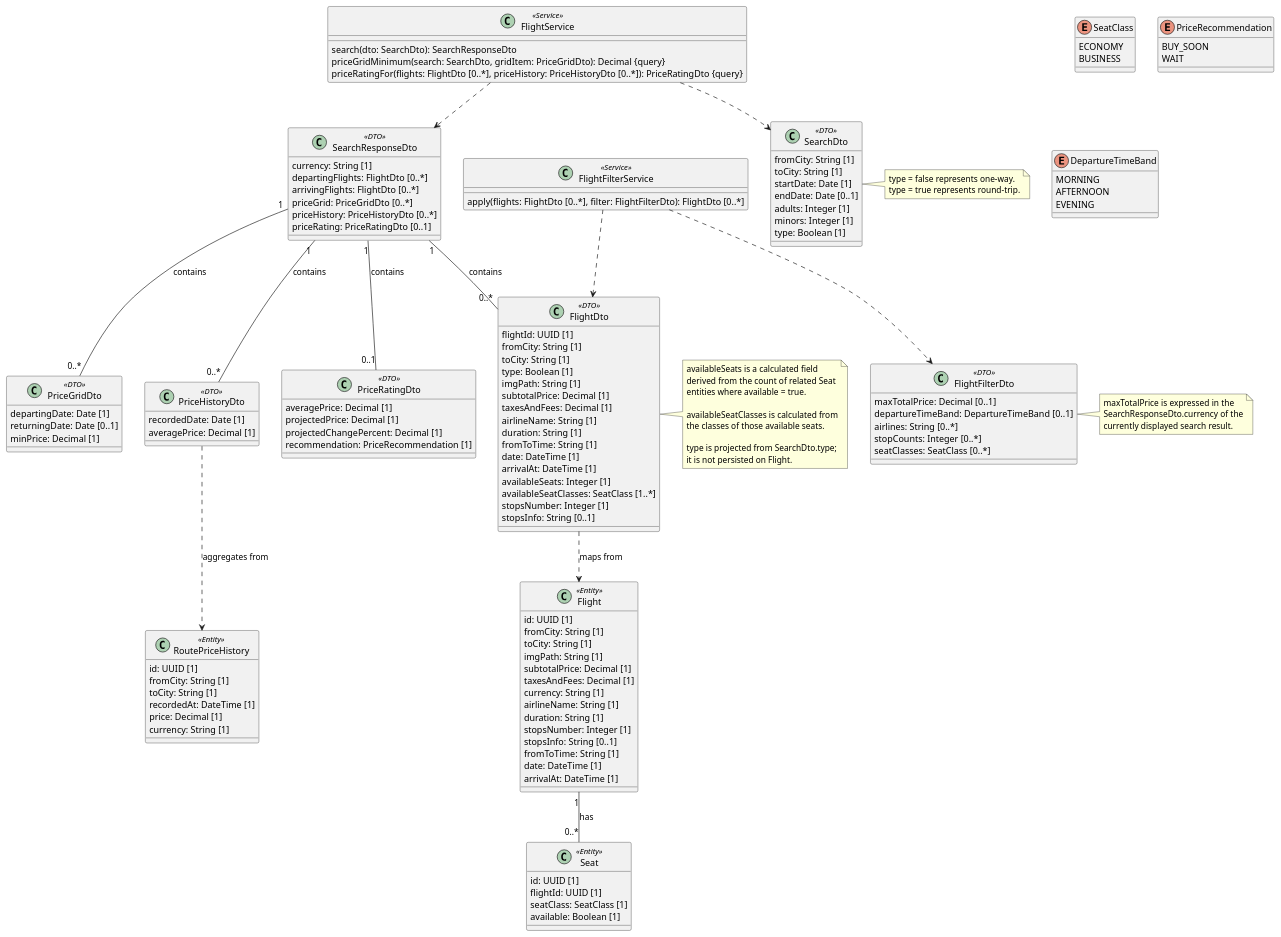
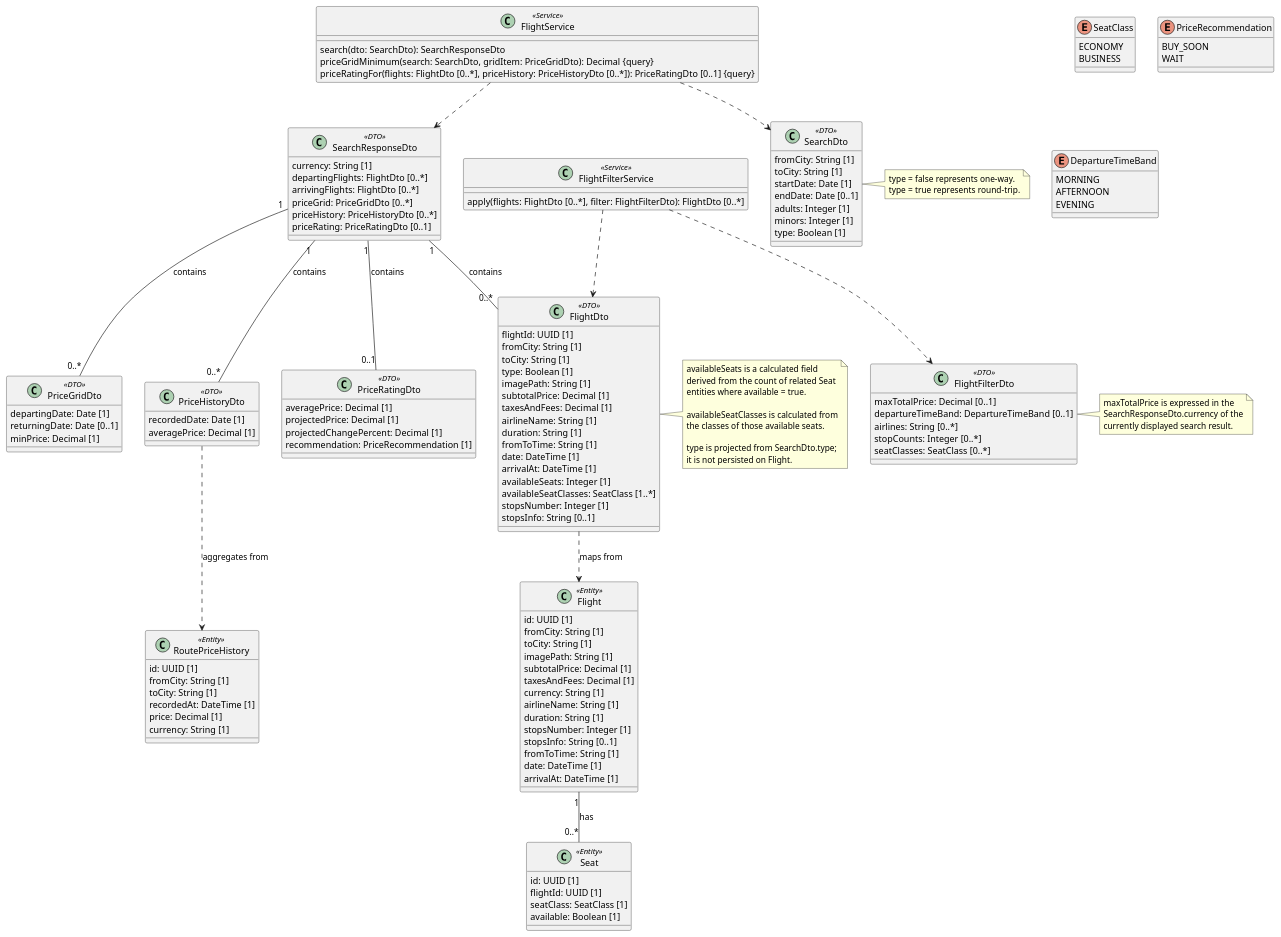
Before and after one commit to khanhNguyenHong2311/VT-TripmaSpecification: the diagram in 01-inception/use-cases/uc-01-search-flights.md, drawn with PlantUML. The commit also changed other lines of this file and 16 other files, not shown here.

```diff
--- a/01-inception/use-cases/uc-01-search-flights.md
+++ b/01-inception/use-cases/uc-01-search-flights.md
@@ -117,7 +117,7 @@
   id: UUID [1]
   fromCity: String [1]
   toCity: String [1]
-  imgPath: String [1]
+  imagePath: String [1]
   subtotalPrice: Decimal [1]
   taxesAndFees: Decimal [1]
   currency: String [1]
@@ -166,7 +166,7 @@
   fromCity: String [1]
   toCity: String [1]
   type: Boolean [1]
-  imgPath: String [1]
+  imagePath: String [1]
   subtotalPrice: Decimal [1]
   taxesAndFees: Decimal [1]
   airlineName: String [1]
@@ -229,7 +229,7 @@
 class FlightService <<Service>> {
   search(dto: SearchDto): SearchResponseDto
   priceGridMinimum(search: SearchDto, gridItem: PriceGridDto): Decimal {query}
-  priceRatingFor(flights: FlightDto [0..*], priceHistory: PriceHistoryDto [0..*]): PriceRatingDto {query}
+  priceRatingFor(flights: FlightDto [0..*], priceHistory: PriceHistoryDto [0..*]): PriceRatingDto [0..1] {query}
 }
 
 class FlightFilterService <<Service>> {
```
